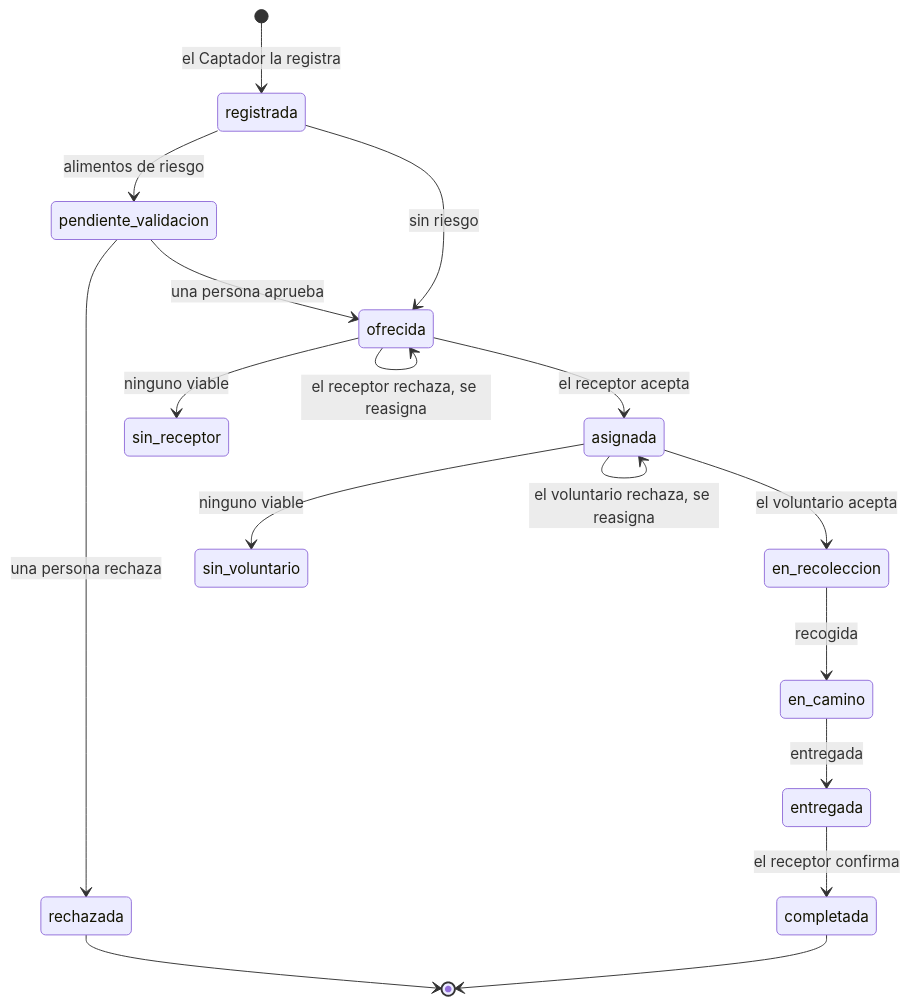
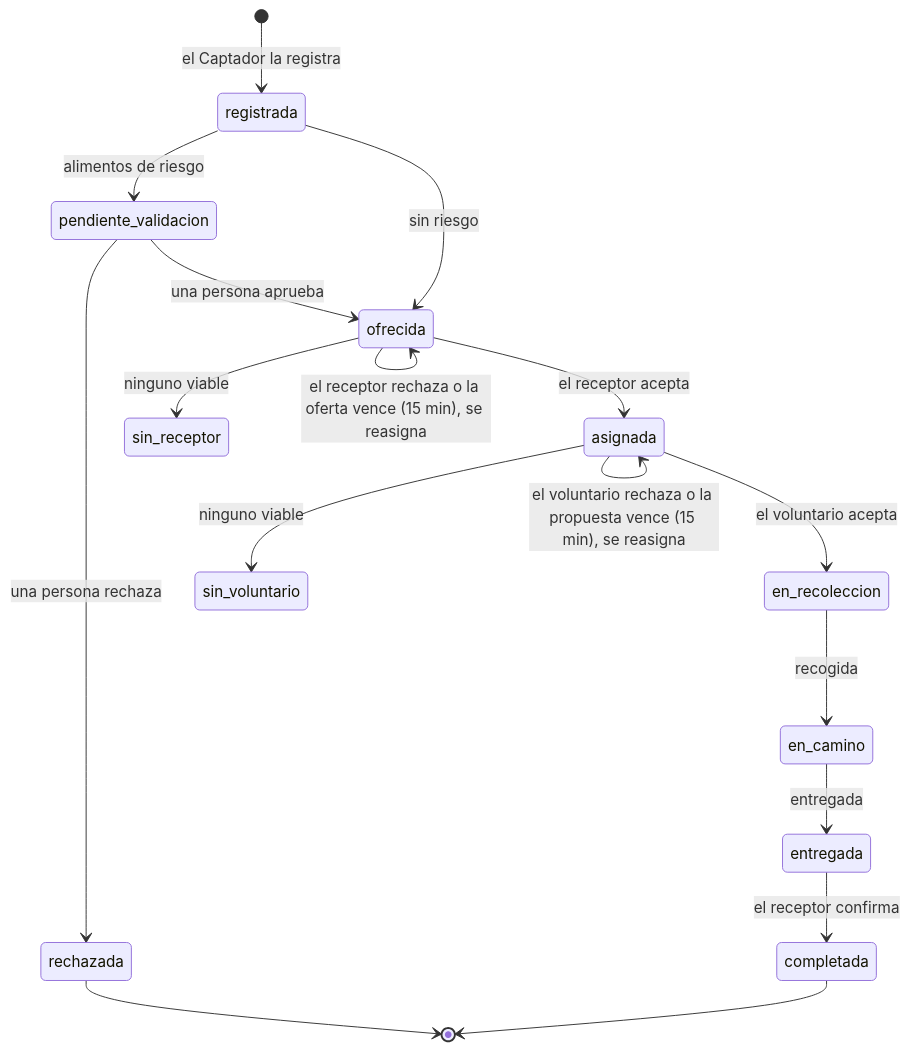
One commit to angelbarbarin/comparte-mvp changed the second of 4 diagrams in docs/ARQUITECTURA.md. Above: the diagram before and after it, drawn with Mermaid. The commit also changed other lines of this file, not shown here.

````diff
--- a/docs/ARQUITECTURA.md
+++ b/docs/ARQUITECTURA.md
@@ -43,19 +43,19 @@
 ```mermaid
 stateDiagram-v2
   [*] --> registrada: el Captador la registra
   registrada --> pendiente_validacion: alimentos de riesgo
   registrada --> ofrecida: sin riesgo
   pendiente_validacion --> ofrecida: una persona aprueba
   pendiente_validacion --> rechazada: una persona rechaza
-  ofrecida --> ofrecida: el receptor rechaza, se reasigna
+  ofrecida --> ofrecida: el receptor rechaza o la oferta vence (15 min), se reasigna
   ofrecida --> asignada: el receptor acepta
   ofrecida --> sin_receptor: ninguno viable
-  asignada --> asignada: el voluntario rechaza, se reasigna
+  asignada --> asignada: el voluntario rechaza o la propuesta vence (15 min), se reasigna
   asignada --> en_recoleccion: el voluntario acepta
   asignada --> sin_voluntario: ninguno viable
   en_recoleccion --> en_camino: recogida
   en_camino --> entregada: entregada
   entregada --> completada: el receptor confirma
   completada --> [*]
   rechazada --> [*]
 ```
````
